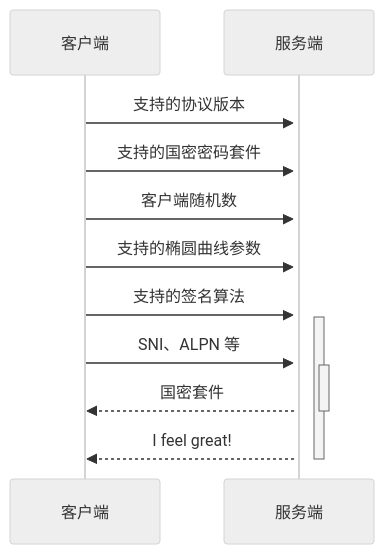
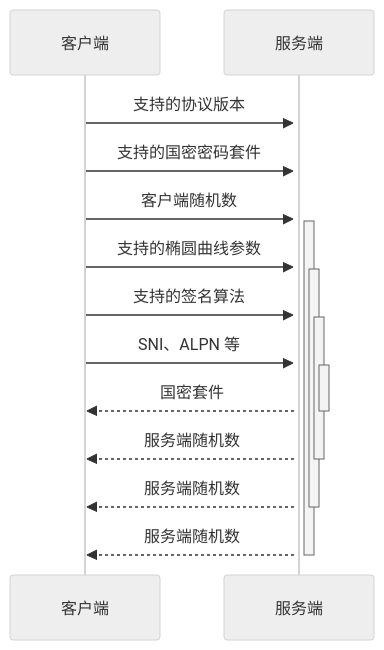
One commit to HY-10-8/iodraw-files changed the diagram in all/未命名-1.md. Above: the diagram before and after it, drawn with Mermaid (neutral theme).

Commit message:
2026-03-24 10:00:35 update

````diff
--- a/all/未命名-1.md
+++ b/all/未命名-1.md
@@ -1,13 +1,16 @@
 ```mermaid
 sequenceDiagram
     客户端->>+服务端: 支持的协议版本
     客户端->>+服务端: 支持的国密密码套件
     客户端->>+服务端: 客户端随机数
     客户端->>+服务端: 支持的椭圆曲线参数
     客户端->>+服务端: 支持的签名算法
     客户端->>+服务端: SNI、ALPN 等
 
     服务端-->>-客户端: 国密套件
-    服务端-->>-客户端: I feel great!
+    服务端-->>-客户端: 服务端随机数
+    服务端-->>-客户端: 服务端随机数
+    服务端-->>-客户端: 服务端随机数
+
             
 ```
````
